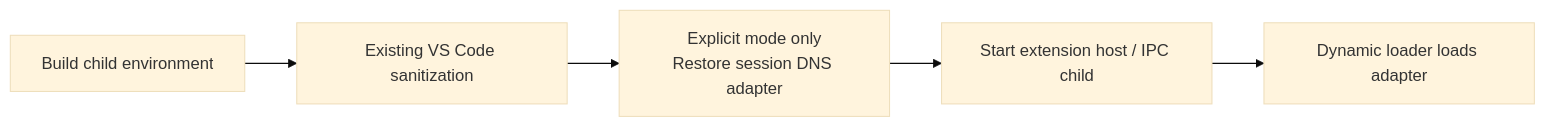
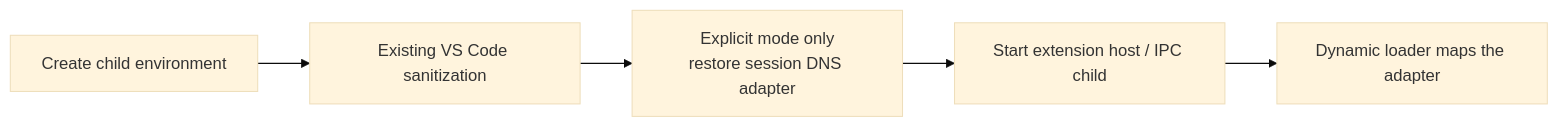
One commit to Hondarer/host-shell-mcp changed the second of 2 diagrams in docs/en/remote-dns.md. Above: the diagram before and after it, drawn with Mermaid (base theme). The commit also changed other lines of this file and 13 other files, not shown here.

````diff
--- a/docs/en/remote-dns.md
+++ b/docs/en/remote-dns.md
@@ -81,7 +110,7 @@
 ```mermaid
 flowchart LR
-    Env["Build child environment"] --> Sanitize["Existing VS Code sanitization"]
-    Sanitize --> Restore["Explicit mode only<br/>Restore session DNS adapter"]
+    Env["Create child environment"] --> Sanitize["Existing VS Code sanitization"]
+    Sanitize --> Restore["Explicit mode only<br/>restore session DNS adapter"]
     Restore --> Fork["Start extension host / IPC child"]
-    Fork --> Load["Dynamic loader loads adapter"]
+    Fork --> Load["Dynamic loader maps the adapter"]
 ```
````
